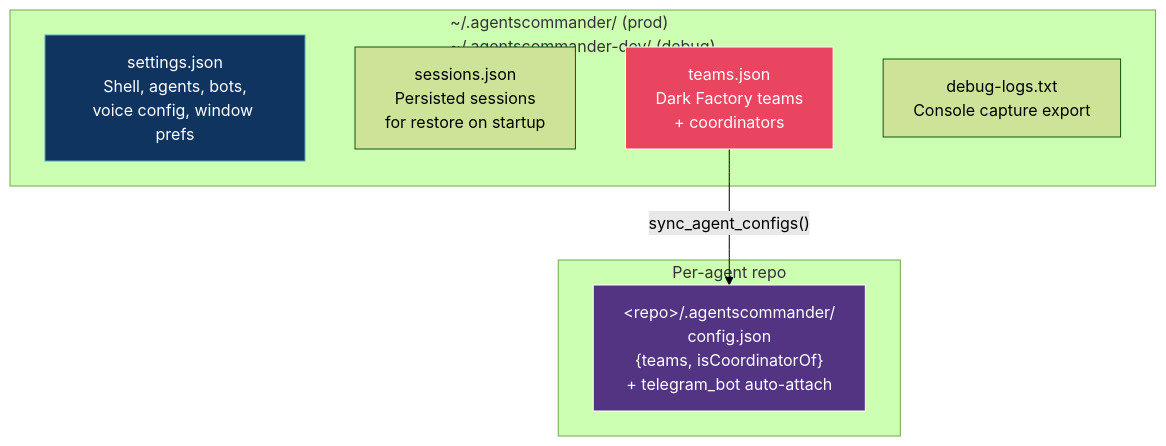
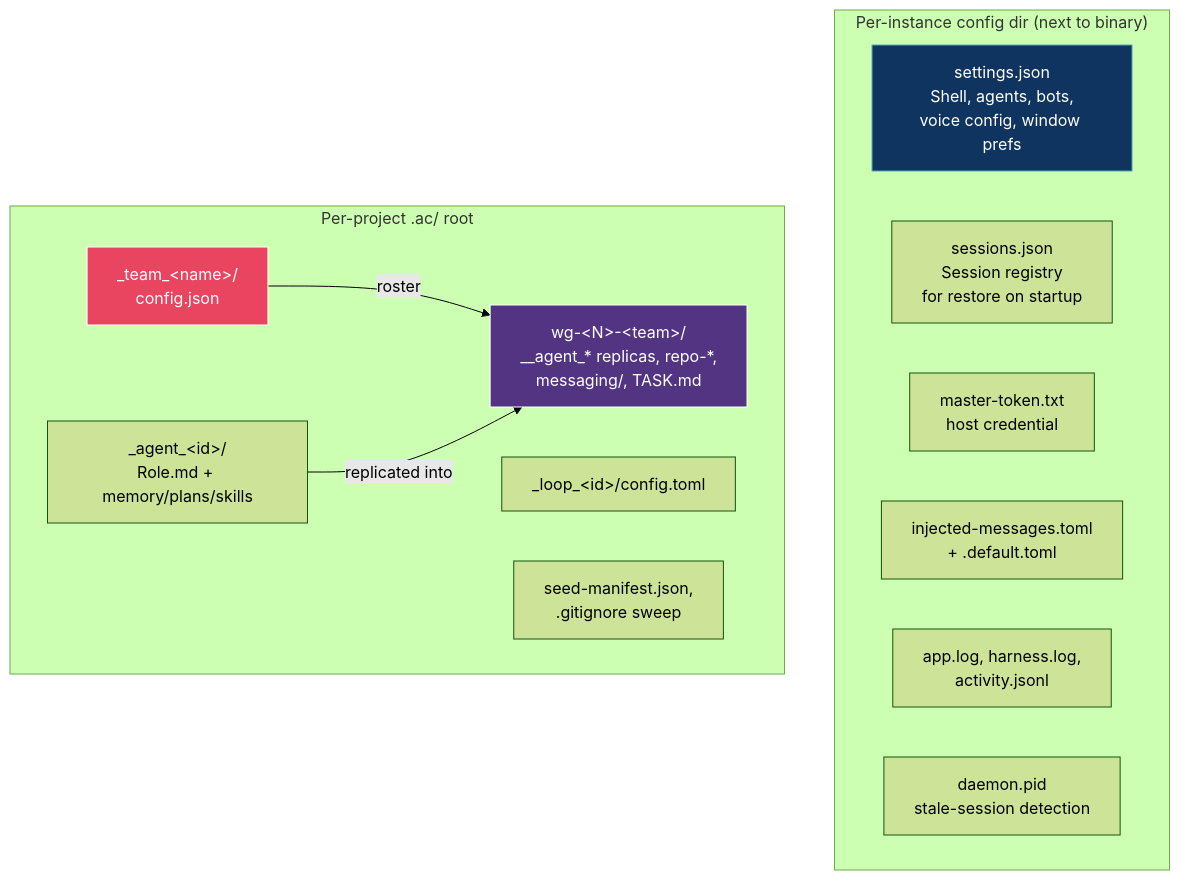
Before and after one commit to mblua/AgentsCommander: diagram 13 of 14 in docs/reference/architecture.md, drawn with Mermaid (forest theme). The commit also changed other lines of this file, not shown here.

First line of the commit message:
docs(1320): rewrite architecture map against current 0.20.x codebase

````diff
--- a/docs/reference/architecture.md
+++ b/docs/reference/architecture.md
@@ -596,19 +642,26 @@
 ```mermaid
 graph TD
-    subgraph "~/.agentscommander/ (prod)<br/>~/.agentscommander-dev/ (debug)"
+    subgraph "Per-instance config dir (next to binary)"
         SETTINGS["settings.json<br/>Shell, agents, bots,<br/>voice config, window prefs"]
-        SESSIONS["sessions.json<br/>Persisted sessions<br/>for restore on startup"]
-        TEAMS["teams.json<br/>Dark Factory teams<br/>+ coordinators"]
-        DEBUG["debug-logs.txt<br/>Console capture export"]
+        SESSIONS["sessions.json<br/>Session registry<br/>for restore on startup"]
+        MASTER["master-token.txt<br/>host credential"]
+        INJECTED["injected-messages.toml<br/>+ .default.toml"]
+        LOG["app.log, harness.log,<br/>activity.jsonl"]
+        DAEMON["daemon.pid<br/>stale-session detection"]
     end
 
-    subgraph "Per-agent repo"
-        AGENTCFG["&lt;repo&gt;/.agentscommander/<br/>config.json<br/>{teams, isCoordinatorOf}<br/>+ telegram_bot auto-attach"]
+    subgraph "Per-project .ac/ root"
+        AGENTS["_agent_&lt;id&gt;/<br/>Role.md + memory/plans/skills"]
+        TEAMS["_team_&lt;name&gt;/<br/>config.json"]
+        WGS["wg-&lt;N&gt;-&lt;team&gt;/<br/>__agent_* replicas, repo-*,<br/>messaging/, TASK.md"]
+        LOOPS["_loop_&lt;id&gt;/config.toml"]
+        SEED["seed-manifest.json,<br/>.gitignore sweep"]
     end
 
-    TEAMS -->|"sync_agent_configs()"| AGENTCFG
+    TEAMS -->|"roster"| WGS
+    AGENTS -->|"replicated into"| WGS
 
     style SETTINGS fill:#0f3460,stroke:#53a8b6,color:#fff
     style TEAMS fill:#e94560,stroke:#fff,color:#fff
-    style AGENTCFG fill:#533483,stroke:#fff,color:#fff
+    style WGS fill:#533483,stroke:#fff,color:#fff
 ```
````
